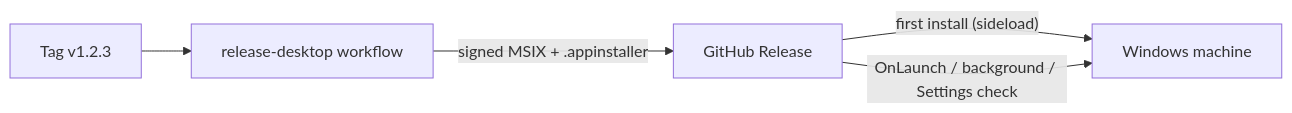
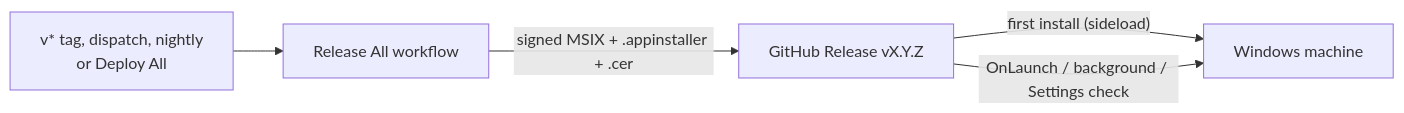
The second of 7 diagrams in .devbook/arc42/07-deployment-view.md (JSdotNet/Backlog), drawn with Mermaid before and after one commit. The commit also changed other lines of this file and 5 other files, not shown here.

First line of the commit message:
Describe Release All in the deployment view and tech chapters

````diff
--- a/.devbook/arc42/07-deployment-view.md
+++ b/.devbook/arc42/07-deployment-view.md
@@ -102,7 +101,7 @@
 ```mermaid
 flowchart LR
-    Dev["Tag v1.2.3"] --> CI["release-desktop workflow"]
-    CI -->|"signed MSIX + .appinstaller"| Release["GitHub Release"]
+    Dev["v* tag, dispatch, nightly\nor Deploy All"] --> CI["Release All workflow"]
+    CI -->|"signed MSIX + .appinstaller + .cer"| Release["GitHub Release vX.Y.Z"]
     Release -->|"first install (sideload)"| Machine["Windows machine"]
     Release -->|"OnLaunch / background / Settings check"| Machine
 ```
````
